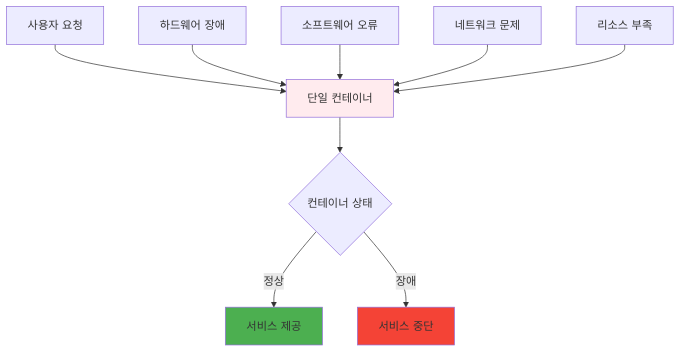
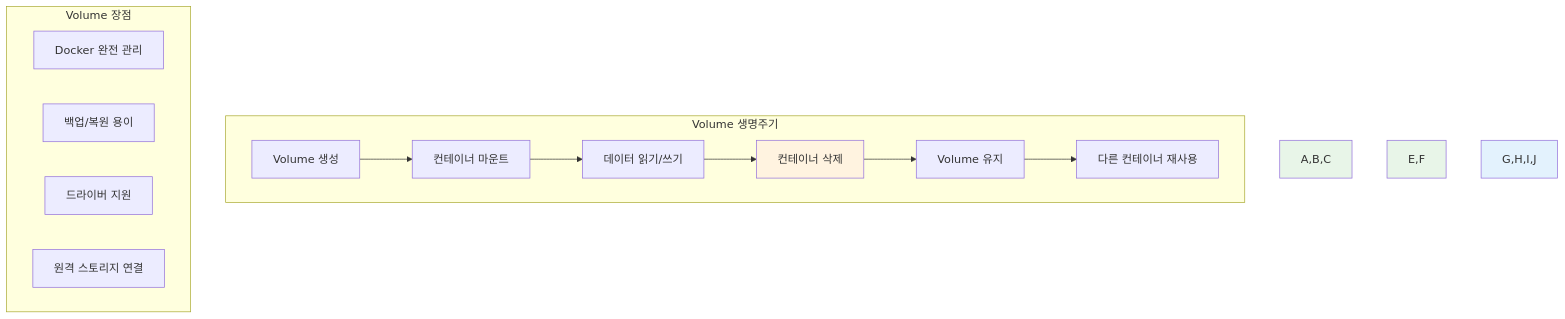
One commit to niceguy61/kdt_devops_lecture_2025 changed the third of 5 diagrams in theory/week_02/day2/session_1.md. Above: the diagram before and after it, drawn with Mermaid. The commit also changed other lines of this file and 70 other files, not shown here.

````diff
--- a/theory/week_02/day2/session_1.md
+++ b/theory/week_02/day2/session_1.md
@@ -44,16 +94,22 @@
 ```mermaid
 graph TB
-    A[사용자 요청] --> B[단일 컨테이너]
-    B --> C{컨테이너 상태}
-    C -->|정상| D[서비스 제공]
-    C -->|장애| E[서비스 중단]
+    subgraph "Volume 생명주기"
+        A[Volume 생성] --> B[컨테이너 마운트]
+        B --> C[데이터 읽기/쓰기]
+        C --> D[컨테이너 삭제]
+        D --> E[Volume 유지]
+        E --> F[다른 컨테이너 재사용]
+    end
     
-    F[하드웨어 장애] --> B
-    G[소프트웨어 오류] --> B
-    H[네트워크 문제] --> B
-    I[리소스 부족] --> B
+    subgraph "Volume 장점"
+        G[Docker 완전 관리]
+        H[백업/복원 용이]
+        I[드라이버 지원]
+        J[원격 스토리지 연결]
+    end
     
-    style B fill:#ffebee
-    style E fill:#f44336
-    style D fill:#4caf50
+    style A,B,C fill:#e8f5e8
+    style D fill:#fff3e0
+    style E,F fill:#e8f5e8
+    style G,H,I,J fill:#e3f2fd
 ```
````
